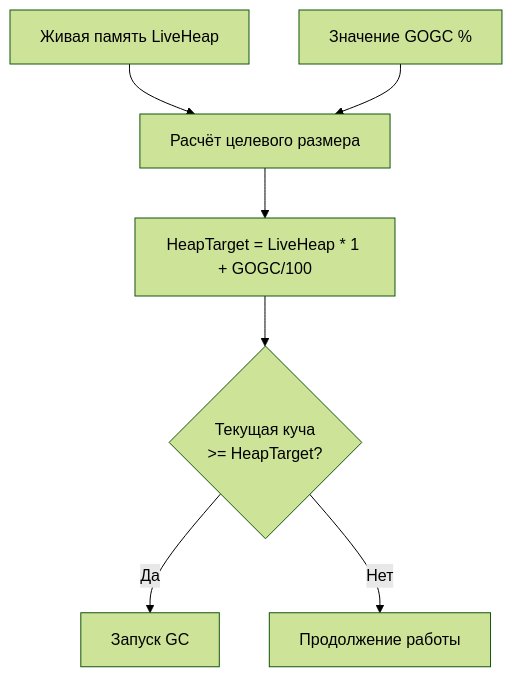
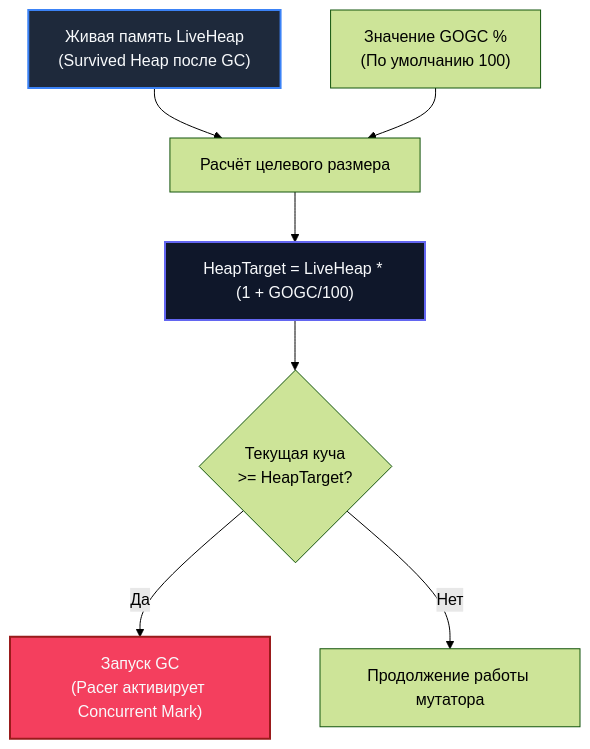
Before and after one commit to UnrealTemplier/go-textbook: the diagram in sources/16. Профилирование, отладка и производительность/05. Garbage Collector/7. GOGC и tuning.md, drawn with Mermaid (forest theme). The commit also changed other lines of this file, not shown here.

Commit message:
feat(module-16): editorial rewrite of lecture 7 (GOGC и tuning) in Subsection 05 in Kernighan style

````diff
--- a/sources/16. Профилирование, отладка и производительность/05. Garbage Collector/7. GOGC и tuning.md
+++ b/sources/16. Профилирование, отладка и производительность/05. Garbage Collector/7. GOGC и tuning.md
@@ -24,9 +33,13 @@
 ```mermaid
 flowchart TD
-    LiveHeap["Живая память LiveHeap"] --> Form["Расчёт целевого размера"]
-    GOGC["Значение GOGC %"] --> Form
-    Form --> Target["HeapTarget = LiveHeap * 1 + GOGC/100"]
+    LiveHeap["Живая память LiveHeap<br>(Survived Heap после GC)"] --> Form["Расчёт целевого размера"]
+    GOGC["Значение GOGC %<br>(По умолчанию 100)"] --> Form
+    Form --> Target["HeapTarget = LiveHeap * (1 + GOGC/100)"]
     Target --> Check{"Текущая куча<br> >= HeapTarget?"}
-    Check -- "Да" --> StartGC["Запуск GC"]
-    Check -- "Нет" --> NoOp["Продолжение работы"]
+    Check -- "Да" --> StartGC["Запуск GC<br>(Pacer активирует Concurrent Mark)"]
+    Check -- "Нет" --> NoOp["Продолжение работы мутатора"]
+
+    style LiveHeap fill:#1e293b,stroke:#3b82f6,stroke-width:2px,color:#f8fafc
+    style Target fill:#0f172a,stroke:#6366f1,stroke-width:2px,color:#f8fafc
+    style StartGC fill:#f43f5e,stroke:#991b1b,stroke-width:2px,color:#f8fafc
 ```
````
